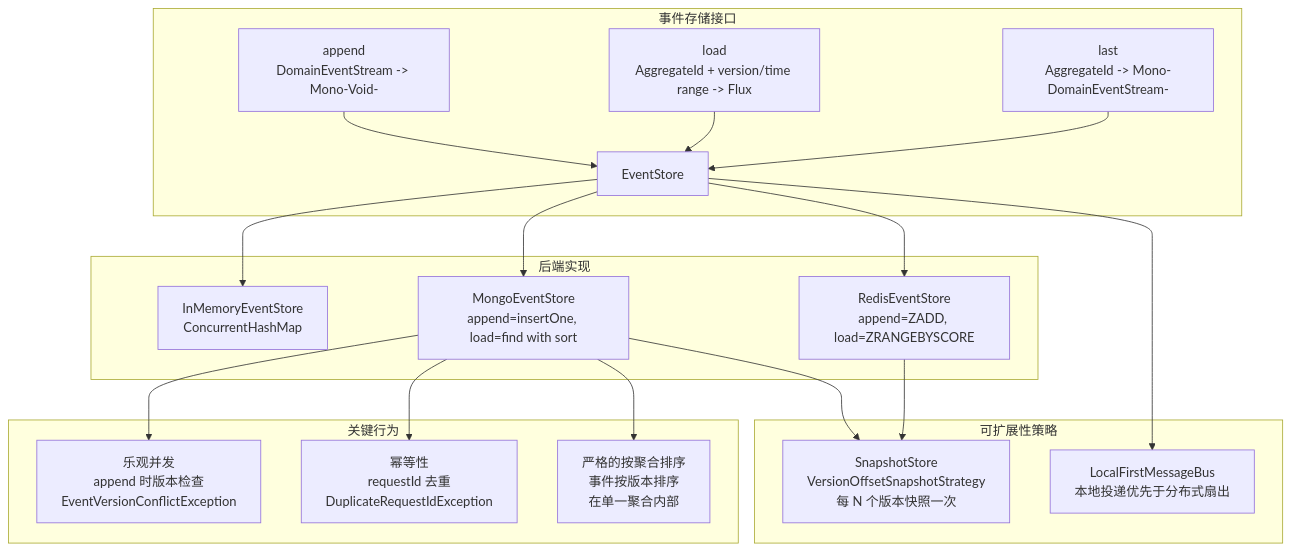
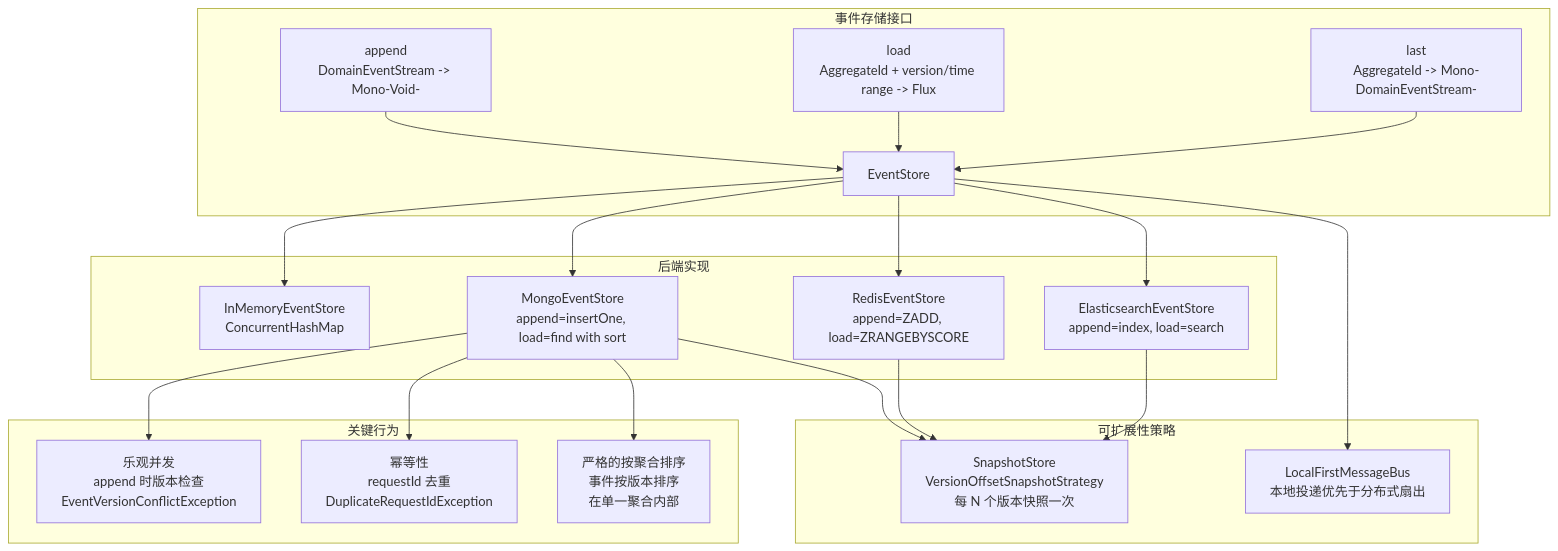
Before and after one commit to Ahoo-Wang/Wow: the fourth of 4 diagrams in documentation/docs/zh/onboarding/staff-engineer-guide.md, drawn with Mermaid. The commit also changed other lines of this file and 43 other files, not shown here.

First line of the commit message:
docs(documentation): fix broken links, sync config docs with code, and correct onboarding diagrams

````diff
--- a/documentation/docs/zh/onboarding/staff-engineer-guide.md
+++ b/documentation/docs/zh/onboarding/staff-engineer-guide.md
@@ -488,40 +487,43 @@
 ```mermaid
 flowchart TB
     subgraph "事件存储接口"
         ESI[EventStore]
         API_A[append<br>DomainEventStream -> Mono-Void-]
         API_L[load<br>AggregateId + version/time range -> Flux]
         API_S[last<br>AggregateId -> Mono-DomainEventStream-]
     end
 
     subgraph "后端实现"
         IM[InMemoryEventStore<br>ConcurrentHashMap]
         MONGO_ES[MongoEventStore<br>append=insertOne, load=find with sort]
         REDIS_ES[RedisEventStore<br>append=ZADD, load=ZRANGEBYSCORE]
+        ES_ES[ElasticsearchEventStore<br>append=index, load=search]
     end
 
     subgraph "可扩展性策略"
         SNAP[SnapshotStore<br>VersionOffsetSnapshotStrategy<br>每 N 个版本快照一次]
         FANOUT[LocalFirstMessageBus<br>本地投递优先于分布式扇出]
     end
 
     subgraph "关键行为"
         OPT[乐观并发<br>append 时版本检查<br>EventVersionConflictException]
         IDEM[幂等性<br>requestId 去重<br>DuplicateRequestIdException]
         ORD[严格的按聚合排序<br>事件按版本排序<br>在单一聚合内部]
     end
 
     API_A --> ESI
     API_L --> ESI
     API_S --> ESI
     ESI --> IM
     ESI --> MONGO_ES
     ESI --> REDIS_ES
+    ESI --> ES_ES
     MONGO_ES --> SNAP
     REDIS_ES --> SNAP
+    ES_ES --> SNAP
     ESI --> FANOUT
     MONGO_ES --> OPT
     MONGO_ES --> IDEM
     MONGO_ES --> ORD
 
 ```
````
